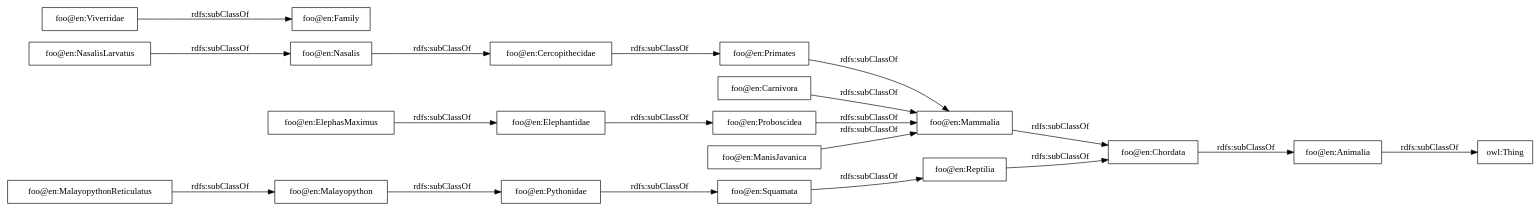
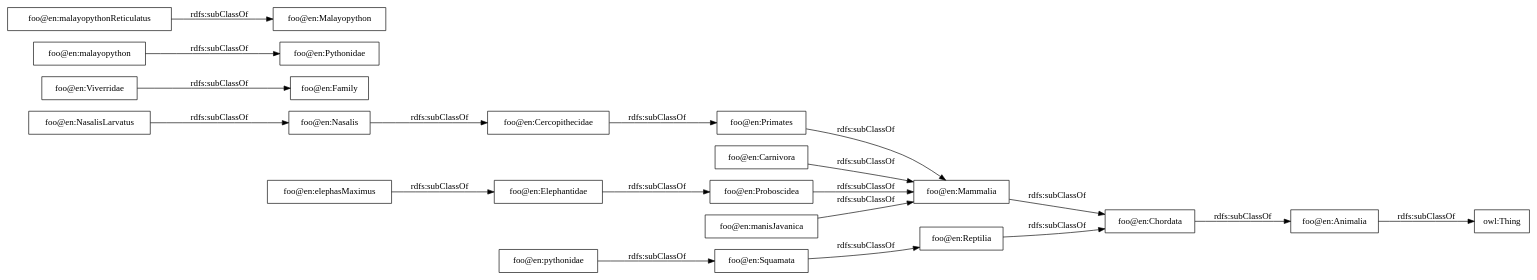
One commit to Naeima/foo_html changed the diagram in OnToology/index.ttl/diagrams/ar2dtool-taxonomy/index.ttl.png.dot. Above: the diagram before and after it, drawn with Graphviz. The commit also changed 13 other files, not shown here.

```diff
--- a/OnToology/index.ttl/diagrams/ar2dtool-taxonomy/index.ttl.png.dot
+++ b/OnToology/index.ttl/diagrams/ar2dtool-taxonomy/index.ttl.png.dot
@@ -1,24 +1,24 @@
 digraph ar2dtool_diagram { 
 rankdir=LR;
 size="1000"
 node [shape = rectangle, color="black"]; "foo@en:Squamata" "foo@en:Mammalia" "foo@en:Animalia" "foo@en:Primates" "foo@en:Carnivora" "foo@en:Viverridae" "foo@en:Elephantidae" "foo@en:Reptilia" "foo@en:Proboscidea" "foo@en:Chordata" ; /*classes style*/
+	"foo@en:manisJavanica" -> "foo@en:Mammalia" [ label = "rdfs:subClassOf" ];
 	"foo@en:Cercopithecidae" -> "foo@en:Primates" [ label = "rdfs:subClassOf" ];
 	"foo@en:Chordata" -> "foo@en:Animalia" [ label = "rdfs:subClassOf" ];
+	"foo@en:elephasMaximus" -> "foo@en:Elephantidae" [ label = "rdfs:subClassOf" ];
+	"foo@en:malayopython" -> "foo@en:Pythonidae" [ label = "rdfs:subClassOf" ];
 	"foo@en:Squamata" -> "foo@en:Reptilia" [ label = "rdfs:subClassOf" ];
+	"foo@en:pythonidae" -> "foo@en:Squamata" [ label = "rdfs:subClassOf" ];
 	"foo@en:Elephantidae" -> "foo@en:Proboscidea" [ label = "rdfs:subClassOf" ];
 	"foo@en:Proboscidea" -> "foo@en:Mammalia" [ label = "rdfs:subClassOf" ];
 	"foo@en:Reptilia" -> "foo@en:Chordata" [ label = "rdfs:subClassOf" ];
-	"foo@en:ManisJavanica" -> "foo@en:Mammalia" [ label = "rdfs:subClassOf" ];
 	"foo@en:Nasalis" -> "foo@en:Cercopithecidae" [ label = "rdfs:subClassOf" ];
 	"foo@en:Viverridae" -> "foo@en:Family" [ label = "rdfs:subClassOf" ];
-	"foo@en:ElephasMaximus" -> "foo@en:Elephantidae" [ label = "rdfs:subClassOf" ];
 	"foo@en:Animalia" -> "owl:Thing" [ label = "rdfs:subClassOf" ];
-	"foo@en:Malayopython" -> "foo@en:Pythonidae" [ label = "rdfs:subClassOf" ];
 	"foo@en:Carnivora" -> "foo@en:Mammalia" [ label = "rdfs:subClassOf" ];
 	"foo@en:Mammalia" -> "foo@en:Chordata" [ label = "rdfs:subClassOf" ];
-	"foo@en:MalayopythonReticulatus" -> "foo@en:Malayopython" [ label = "rdfs:subClassOf" ];
-	"foo@en:Pythonidae" -> "foo@en:Squamata" [ label = "rdfs:subClassOf" ];
+	"foo@en:malayopythonReticulatus" -> "foo@en:Malayopython" [ label = "rdfs:subClassOf" ];
 	"foo@en:Primates" -> "foo@en:Mammalia" [ label = "rdfs:subClassOf" ];
 	"foo@en:NasalisLarvatus" -> "foo@en:Nasalis" [ label = "rdfs:subClassOf" ];
 
 }
```
